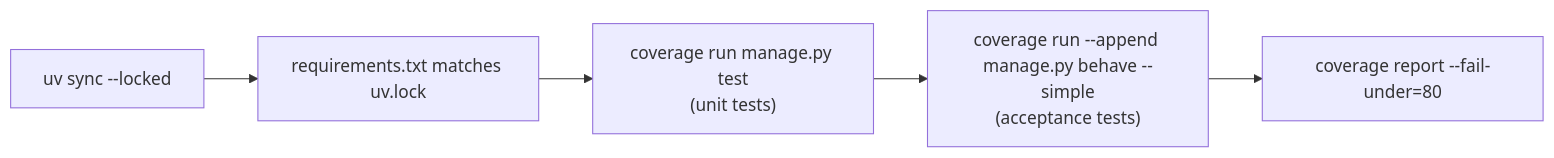
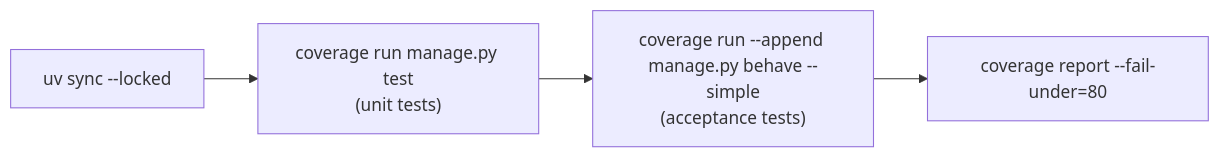
The first of 3 diagrams in docs/design/behave.md (CS4300-CS5300-FA26/team-5), drawn with Mermaid before and after one commit. The commit also changed other lines of this file and 11 other files, not shown here.

````diff
--- a/docs/design/behave.md
+++ b/docs/design/behave.md
@@ -71,7 +71,6 @@
 ```mermaid
 flowchart LR
-  A[uv sync --locked] --> B[requirements.txt matches uv.lock]
-  B --> C["coverage run manage.py test<br/>(unit tests)"]
-  C --> D["coverage run --append manage.py behave --simple<br/>(acceptance tests)"]
-  D --> E["coverage report --fail-under=80"]
+  A[uv sync --locked] --> B["coverage run manage.py test<br/>(unit tests)"]
+  B --> C["coverage run --append manage.py behave --simple<br/>(acceptance tests)"]
+  C --> D["coverage report --fail-under=80"]
 ```
````
